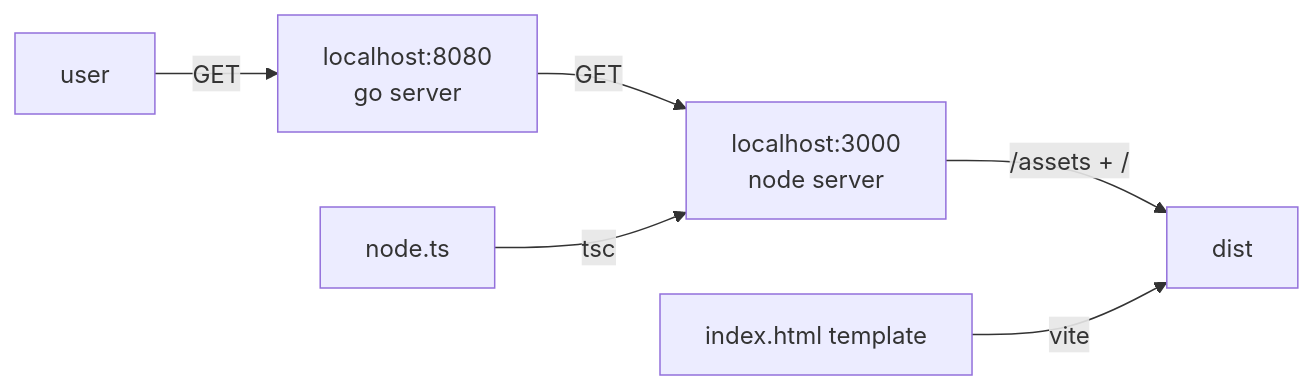
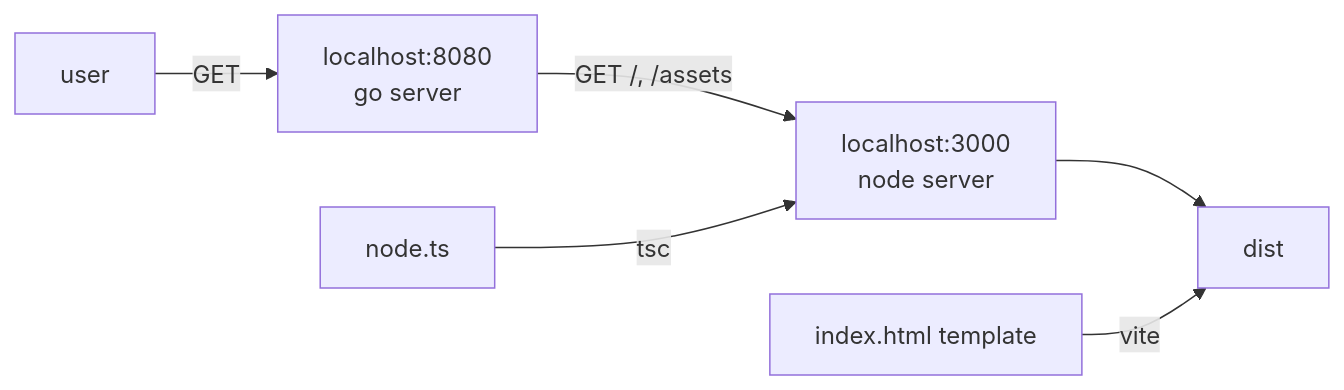
The diagram in docs/architecture.md (SparkCode/todo-app), drawn with Mermaid before and after one commit.

Commit message:
правки

````diff
--- a/docs/architecture.md
+++ b/docs/architecture.md
@@ -1,9 +1,9 @@
 ```mermaid
 graph LR;
     A[user] -- GET --> B[localhost:8080 <br>go server]
-    B -- GET --> C[localhost:3000 <br> node server]
-    C -- /assets + / --> D["dist"]
+    B -- GET /, /assets--> C[localhost:3000 <br> node server]
+    C --> D["dist"]
     F[node.ts] -- tsc --> C
     G[index.html template] -- vite--> D
 
 ```
````
